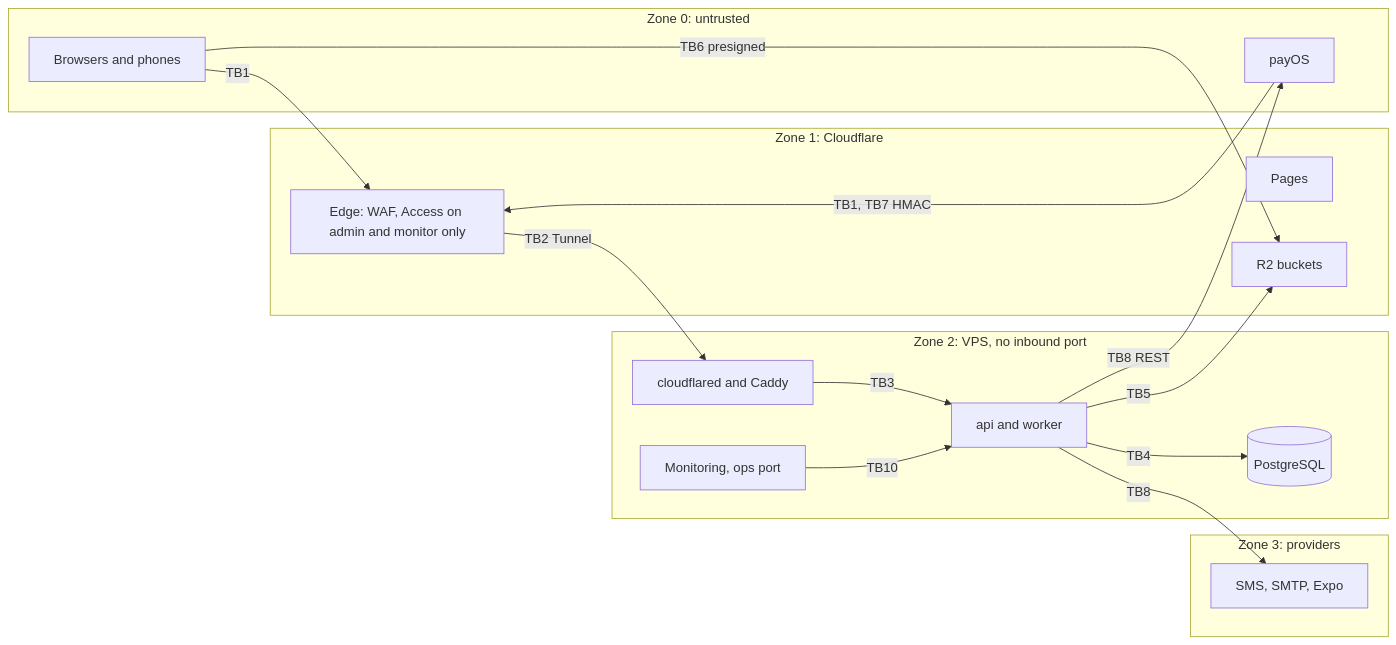
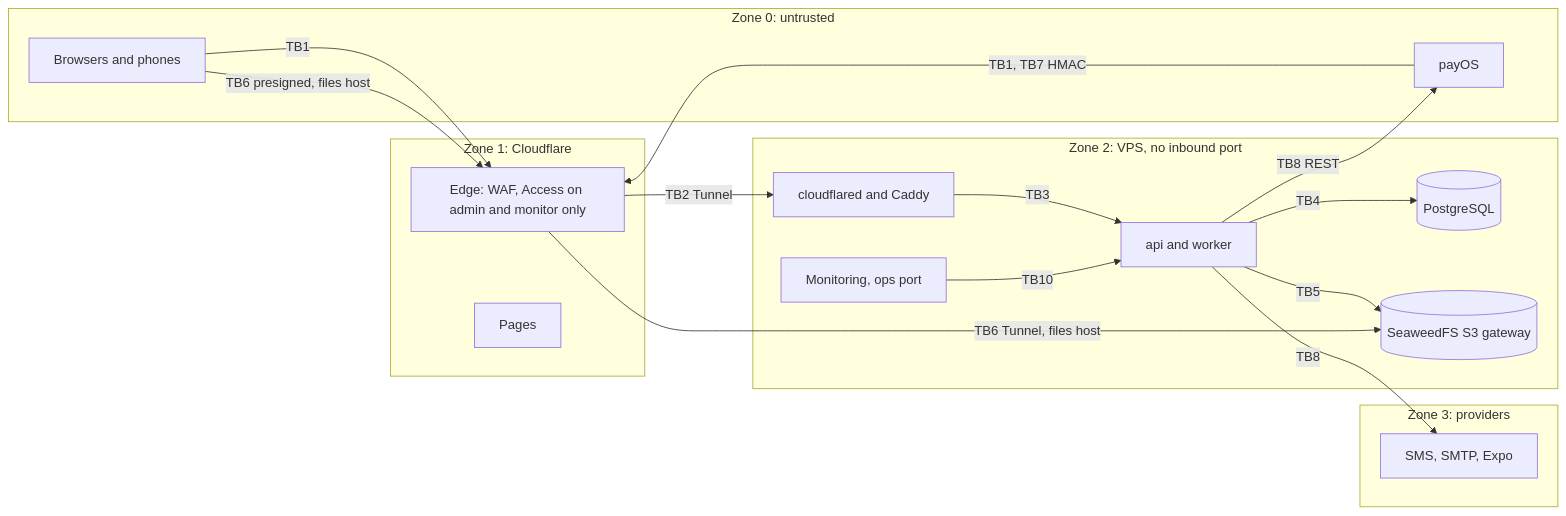
Before and after one commit to ninggiangboy/residential-management-system: the fifth of 5 diagrams in docs/03-architecture/system-context-and-containers.md, drawn with Mermaid. The commit also changed other lines of this file and 38 other files, not shown here.

````diff
--- a/docs/03-architecture/system-context-and-containers.md
+++ b/docs/03-architecture/system-context-and-containers.md
@@ -460,31 +465,32 @@
 ```mermaid
 flowchart LR
   subgraph Z0["Zone 0: untrusted"]
     CL["Browsers and phones"]
     PO["payOS"]
   end
   subgraph Z1["Zone 1: Cloudflare"]
     ED["Edge: WAF, Access on admin and monitor only"]
     PG1["Pages"]
-    R2["R2 buckets"]
   end
   subgraph Z2["Zone 2: VPS, no inbound port"]
     CA["cloudflared and Caddy"]
     AP["api and worker"]
     DB[("PostgreSQL")]
+    SW[("SeaweedFS S3 gateway")]
     MN["Monitoring, ops port"]
   end
   subgraph Z3["Zone 3: providers"]
     SM["SMS, SMTP, Expo"]
   end
   CL -- "TB1" --> ED
   PO -- "TB1, TB7 HMAC" --> ED
   ED -- "TB2 Tunnel" --> CA
   CA -- "TB3" --> AP
   AP -- "TB4" --> DB
-  AP -- "TB5" --> R2
-  CL -- "TB6 presigned" --> R2
+  AP -- "TB5" --> SW
+  CL -- "TB6 presigned, files host" --> ED
+  ED -- "TB6 Tunnel, files host" --> SW
   AP -- "TB8" --> SM
   AP -- "TB8 REST" --> PO
   MN -- "TB10" --> AP
 ```
````
